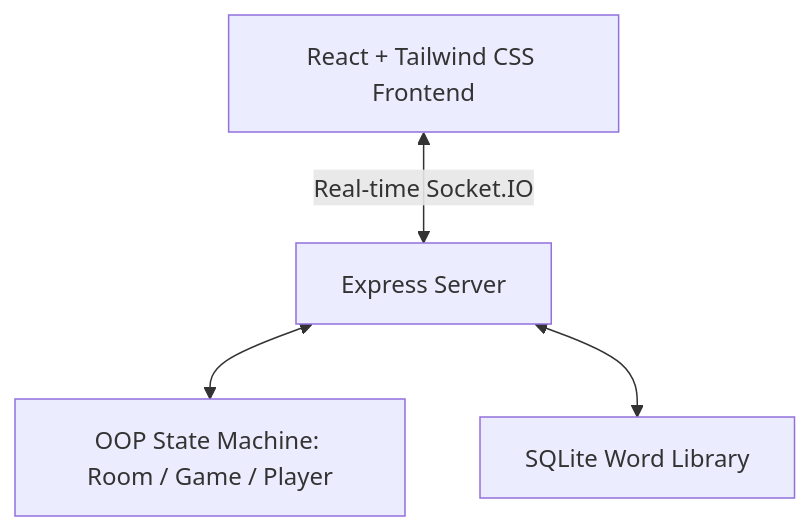
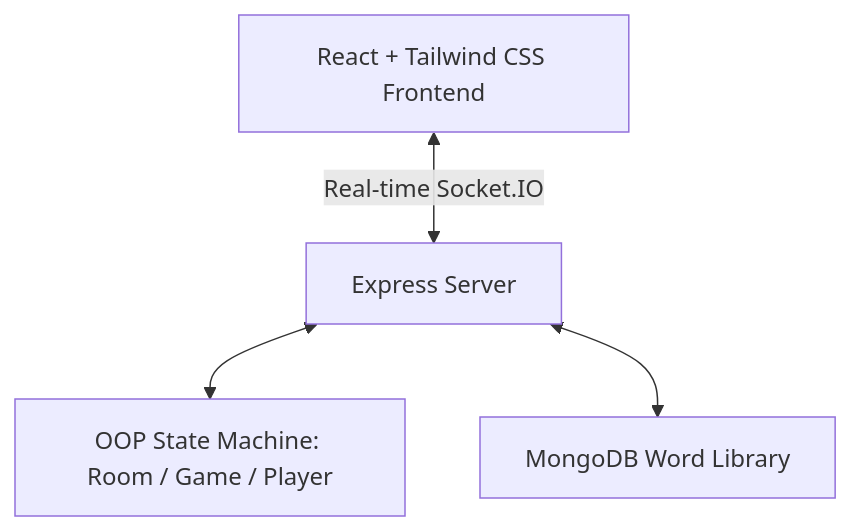
The first of 2 diagrams in README.md (jalajsharma172/Parrot), drawn with Mermaid before and after one commit. The commit also changed other lines of this file, not shown here.

````diff
--- a/README.md
+++ b/README.md
@@ -14,6 +16,6 @@
 ```mermaid
 graph TD
     Client[React + Tailwind CSS Frontend] <-->|Real-time Socket.IO| Server[Express Server]
     Server <--> GameEngine[OOP State Machine: Room / Game / Player]
-    Server <--> Database[SQLite Word Library]
+    Server <--> Database[MongoDB Word Library]
 ```
````
